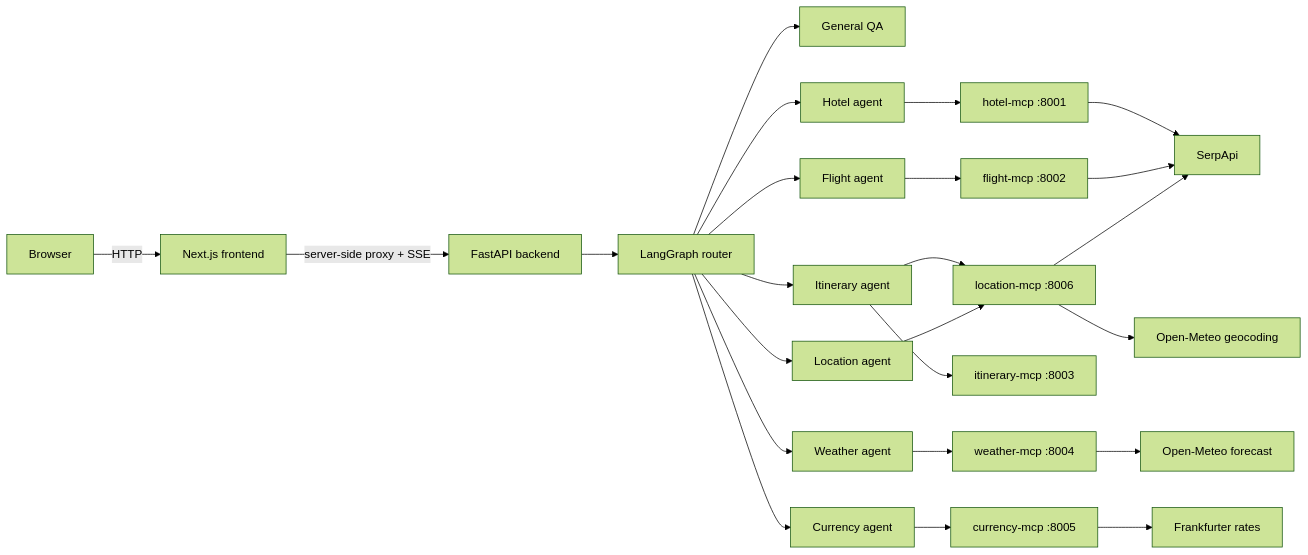
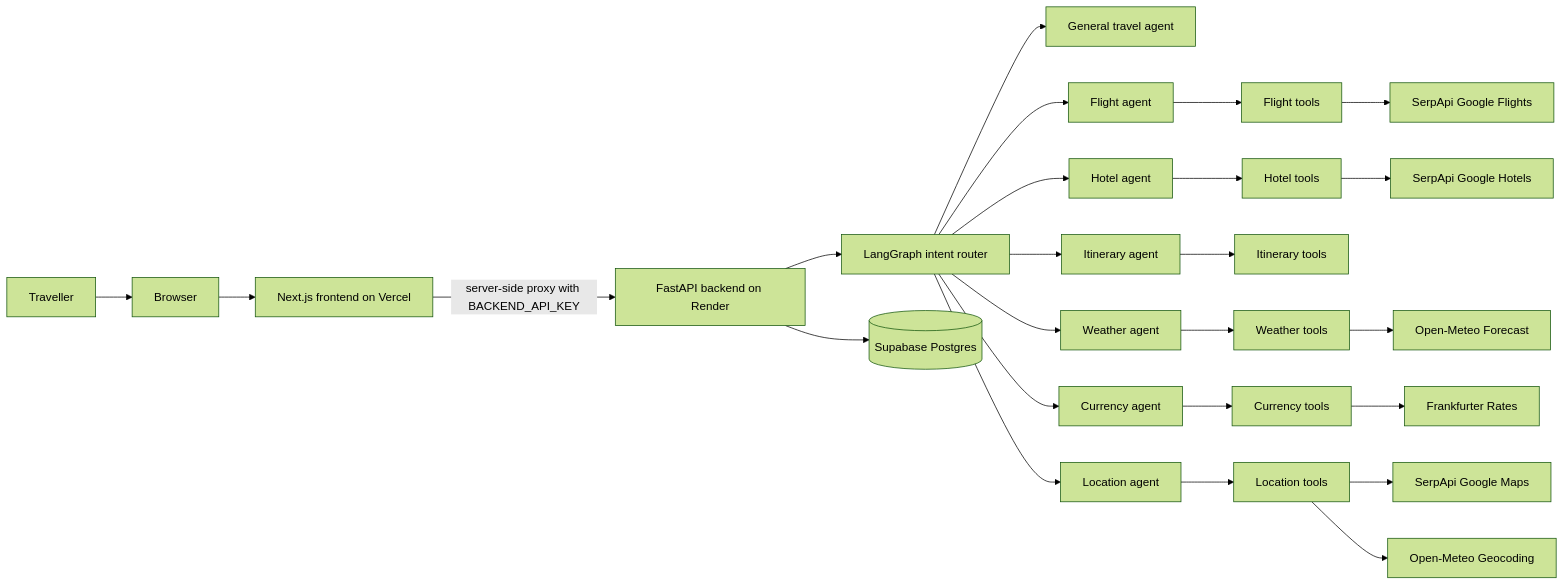
Before and after one commit to AmiruMallawarachchi/multi-agent-travel-planner: the first of 4 diagrams in README.md, drawn with Mermaid (forest theme). The commit also changed other lines of this file, not shown here.

Commit message:
docs(readme): document deployment architecture

````diff
--- a/README.md
+++ b/README.md
@@ -24,29 +33,30 @@
 ```mermaid
 flowchart LR
-    Browser[Browser] -->|HTTP| Web[Next.js frontend]
-    Web -->|server-side proxy + SSE| API[FastAPI backend]
-    API --> Graph[LangGraph router]
+    User[Traveller] --> Browser[Browser]
+    Browser --> Vercel[Next.js frontend on Vercel]
+    Vercel -->|server-side proxy with BACKEND_API_KEY| Render[FastAPI backend on Render]
+    Render --> Router[LangGraph intent router]
+    Render --> AccountStore[(Supabase Postgres)]
 
-    Graph --> General[General QA]
-    Graph --> Hotel[Hotel agent]
-    Graph --> Flight[Flight agent]
-    Graph --> Itinerary[Itinerary agent]
-    Graph --> Weather[Weather agent]
-    Graph --> Currency[Currency agent]
-    Graph --> Location[Location agent]
+    Router --> General[General travel agent]
+    Router --> Flight[Flight agent]
+    Router --> Hotel[Hotel agent]
+    Router --> Itinerary[Itinerary agent]
+    Router --> Weather[Weather agent]
+    Router --> Currency[Currency agent]
+    Router --> Location[Location agent]
 
-    Hotel --> HMCP[hotel-mcp :8001]
-    Flight --> FMCP[flight-mcp :8002]
-    Itinerary --> LMCP[location-mcp :8006]
-    Itinerary --> IMCP[itinerary-mcp :8003]
-    Weather --> WMCP[weather-mcp :8004]
-    Currency --> CMCP[currency-mcp :8005]
-    Location --> LMCP
+    Flight --> FlightTools[Flight tools]
+    Hotel --> HotelTools[Hotel tools]
+    Itinerary --> ItineraryTools[Itinerary tools]
+    Weather --> WeatherTools[Weather tools]
+    Currency --> CurrencyTools[Currency tools]
+    Location --> LocationTools[Location tools]
 
-    HMCP --> SerpApi[SerpApi]
-    FMCP --> SerpApi
-    LMCP --> SerpApi
-    LMCP --> OpenMeteoGeo[Open-Meteo geocoding]
-    WMCP --> OpenMeteo[Open-Meteo forecast]
-    CMCP --> Frankfurter[Frankfurter rates]
+    FlightTools --> SerpApi[SerpApi Google Flights]
+    HotelTools --> SerpApiHotels[SerpApi Google Hotels]
+    LocationTools --> SerpApiMaps[SerpApi Google Maps]
+    LocationTools --> OpenMeteoGeo[Open-Meteo Geocoding]
+    WeatherTools --> OpenMeteoForecast[Open-Meteo Forecast]
+    CurrencyTools --> Frankfurter[Frankfurter Rates]
 ```
````
